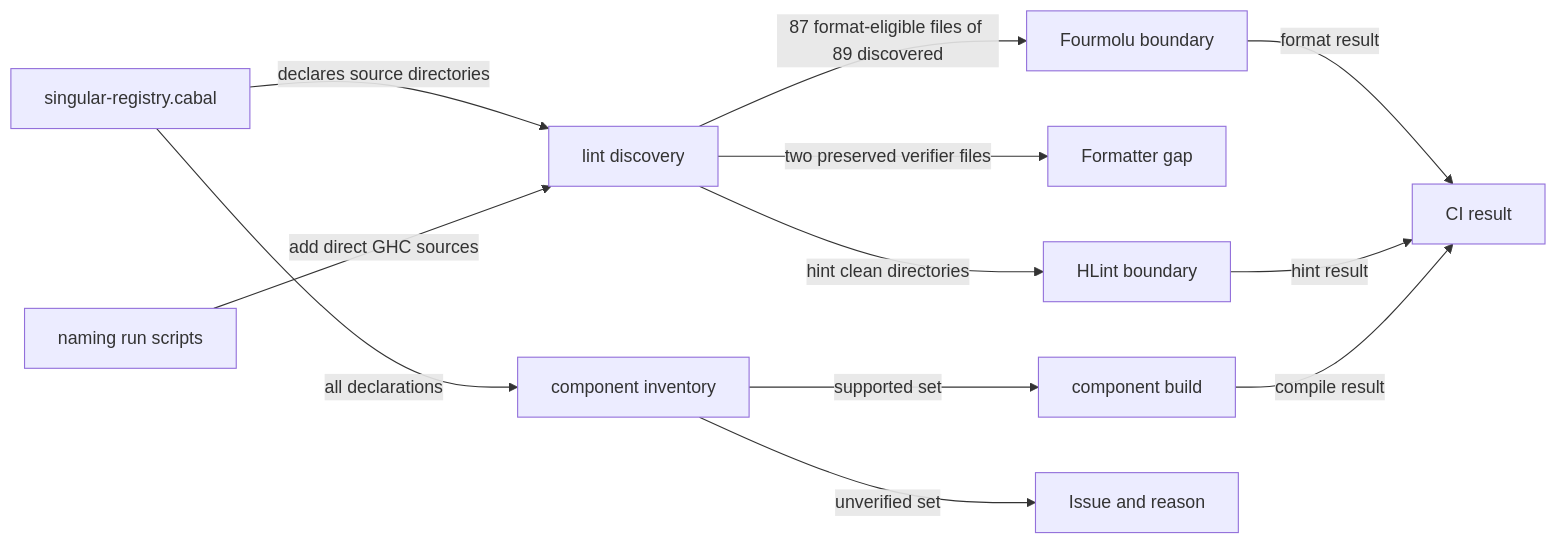
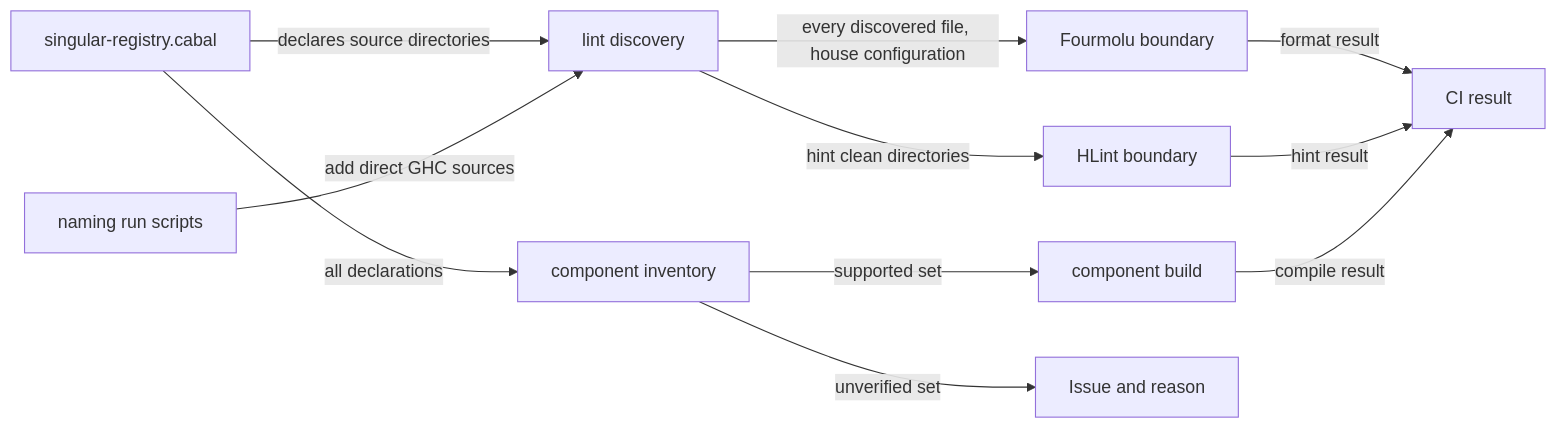
Before and after one commit to lambdasistemi/singular: the diagram in docs/offchain-development.md, drawn with Mermaid. The commit also changed other lines of this file and 13 other files, not shown here.

````diff
--- a/docs/offchain-development.md
+++ b/docs/offchain-development.md
@@ -19,14 +19,13 @@
 ```mermaid
 flowchart LR
     C[singular-registry.cabal] -->|declares source directories| D[lint discovery]
     N[naming run scripts] -->|add direct GHC sources| D
-    D -->|87 format-eligible files of 89 discovered| F[Fourmolu boundary]
-    D -->|two preserved verifier files| X[Formatter gap]
+    D -->|every discovered file, house configuration| F[Fourmolu boundary]
     D -->|hint clean directories| H[HLint boundary]
     C -->|all declarations| I[component inventory]
     I -->|supported set| B[component build]
     I -->|unverified set| U[Issue and reason]
     F -->|format result| CI[CI result]
     H -->|hint result| CI
     B -->|compile result| CI
 ```
````
